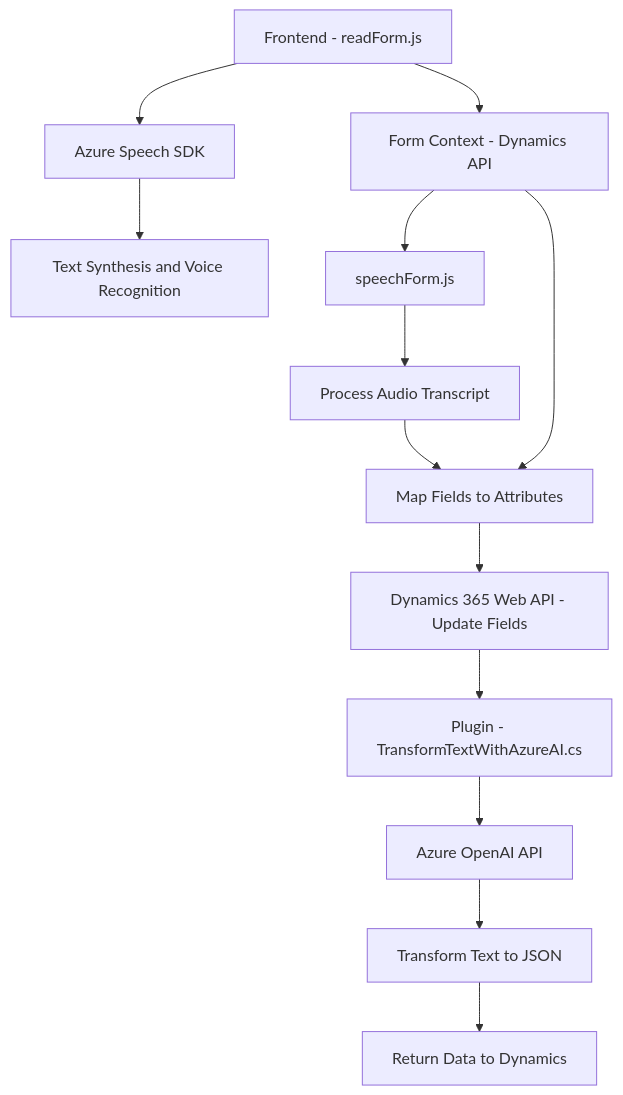
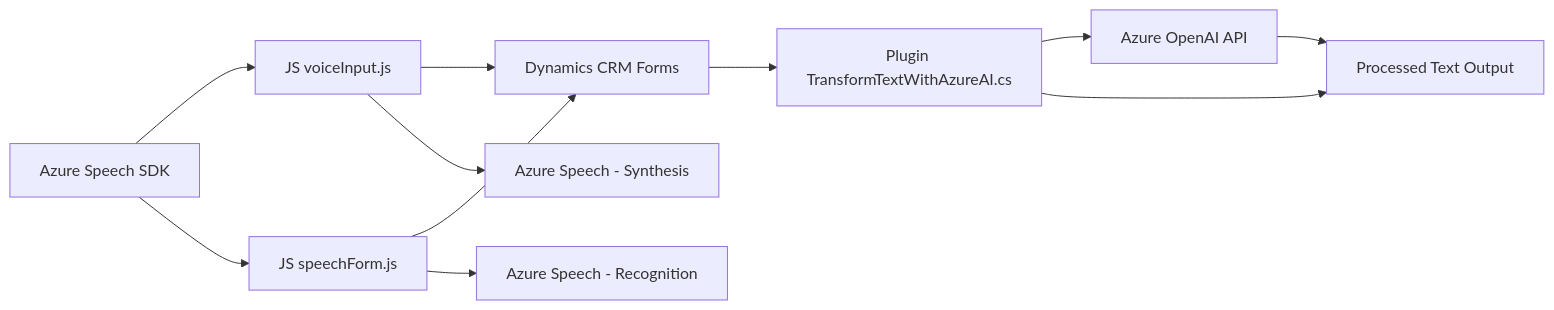
One commit to blopezdm/NETCORE_BILBAO2025 changed the diagram in README.md. Above: the diagram before and after it, drawn with Mermaid. The commit also changed other lines of this file, not shown here.

````diff
--- a/README.md
+++ b/README.md
@@ -64,15 +59,13 @@
 ```mermaid
-graph TD
-    A["Frontend - readForm.js"] --> B["Form Context - Dynamics API"]
-    A --> C["Azure Speech SDK"]
-    C --> D["Text Synthesis and Voice Recognition"]
-    B --> E["speechForm.js"]
-    E --> F["Process Audio Transcript"]
-    F --> G["Map Fields to Attributes"]
-    B --> G
-    G --> H["Dynamics 365 Web API - Update Fields"]
-    H --> I["Plugin - TransformTextWithAzureAI.cs"]
-    I --> J["Azure OpenAI API"]
-    J --> K["Transform Text to JSON"]
-    K --> L["Return Data to Dynamics"]
+graph LR
+A["Azure Speech SDK"] --> B["JS voiceInput.js"]
+A --> C["JS speechForm.js"]
+C --> D["Dynamics CRM Forms"]
+B --> D["Dynamics CRM Forms"]
+D --> E["Plugin TransformTextWithAzureAI.cs"]
+E --> F["Azure OpenAI API"]
+E --> G["Dynamics Web API"]
+F --> G["Processed Text Output"]
+B --> H["Azure Speech - Synthesis"]
+C --> I["Azure Speech - Recognition"]
 ```
````
